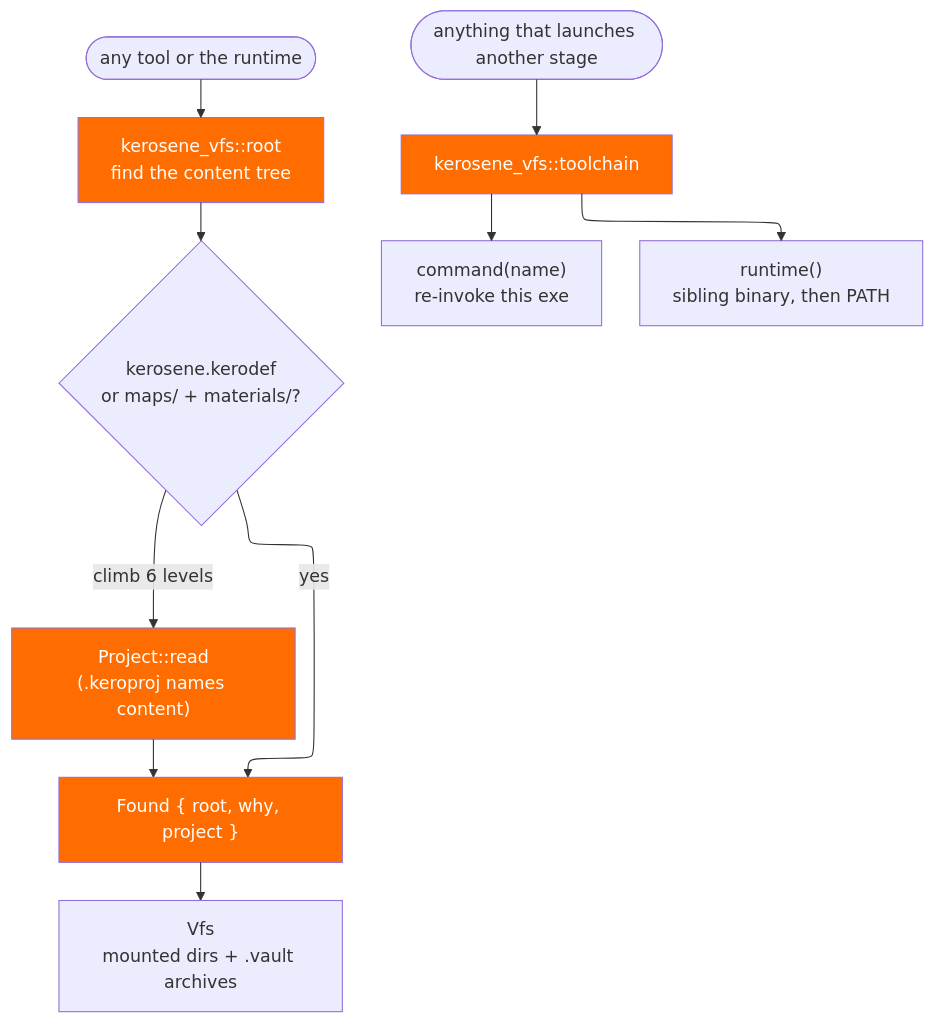
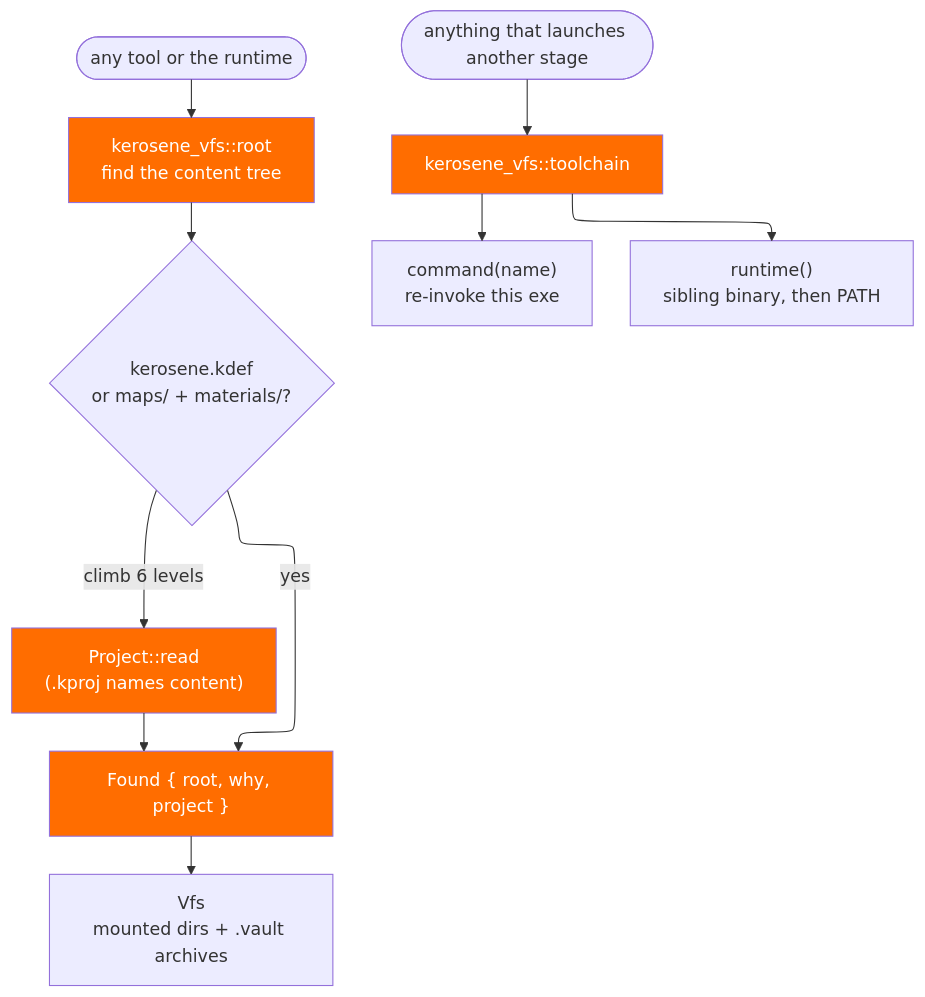
Before and after one commit to T342guy/Kerosene: the third of 3 diagrams in src/devnotes/crate-map.md, drawn with Mermaid. The commit also changed other lines of this file and 224 other files, not shown here.

````diff
--- a/src/devnotes/crate-map.md
+++ b/src/devnotes/crate-map.md
@@ -159,20 +159,20 @@
 ```mermaid
 ---
 config:
   layout: elk
 ---
 flowchart TB
     caller(["any tool or the runtime"]) --> root["kerosene_vfs::root<br/>find the content tree"]
-    root --> marker{"kerosene.kerodef<br/>or maps/ + materials/?"}
+    root --> marker{"kerosene.kdef<br/>or maps/ + materials/?"}
     marker -- yes --> found["Found { root, why, project }"]
-    marker -- "climb 6 levels" --> project["Project::read<br/>(.keroproj names content)"]
+    marker -- "climb 6 levels" --> project["Project::read<br/>(.kproj names content)"]
     project --> found
     found --> vfs["Vfs<br/>mounted dirs + .vault archives"]
 
     caller2(["anything that launches another stage"]) --> tc["kerosene_vfs::toolchain"]
     tc --> sub["command(name)<br/>re-invoke this exe"]
     tc --> rt["runtime()<br/>sibling binary, then PATH"]
 
     classDef seam fill:#FF6D00,color:#fff
     class root,project,tc,found seam
 ```
````
